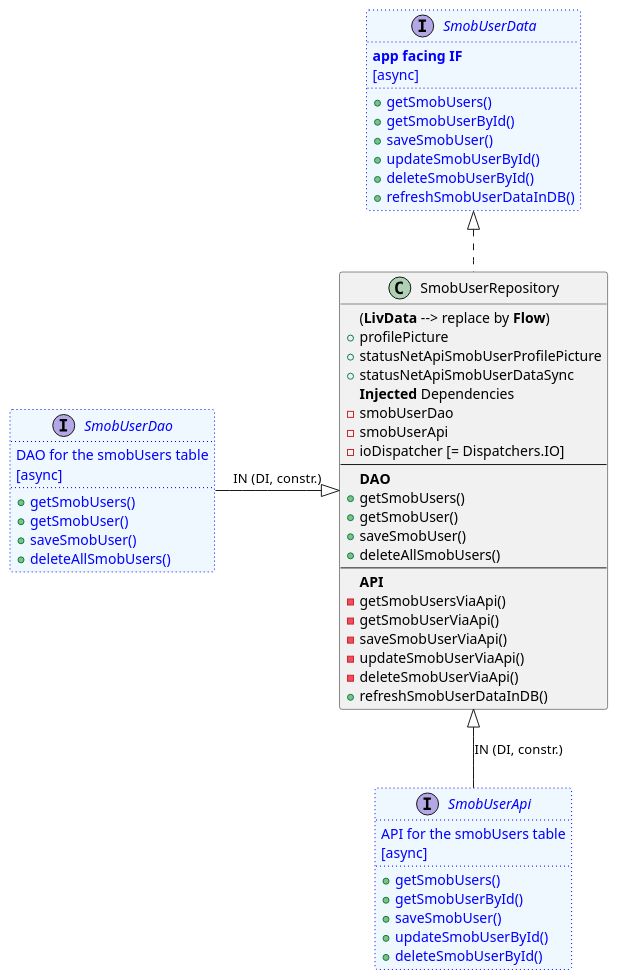
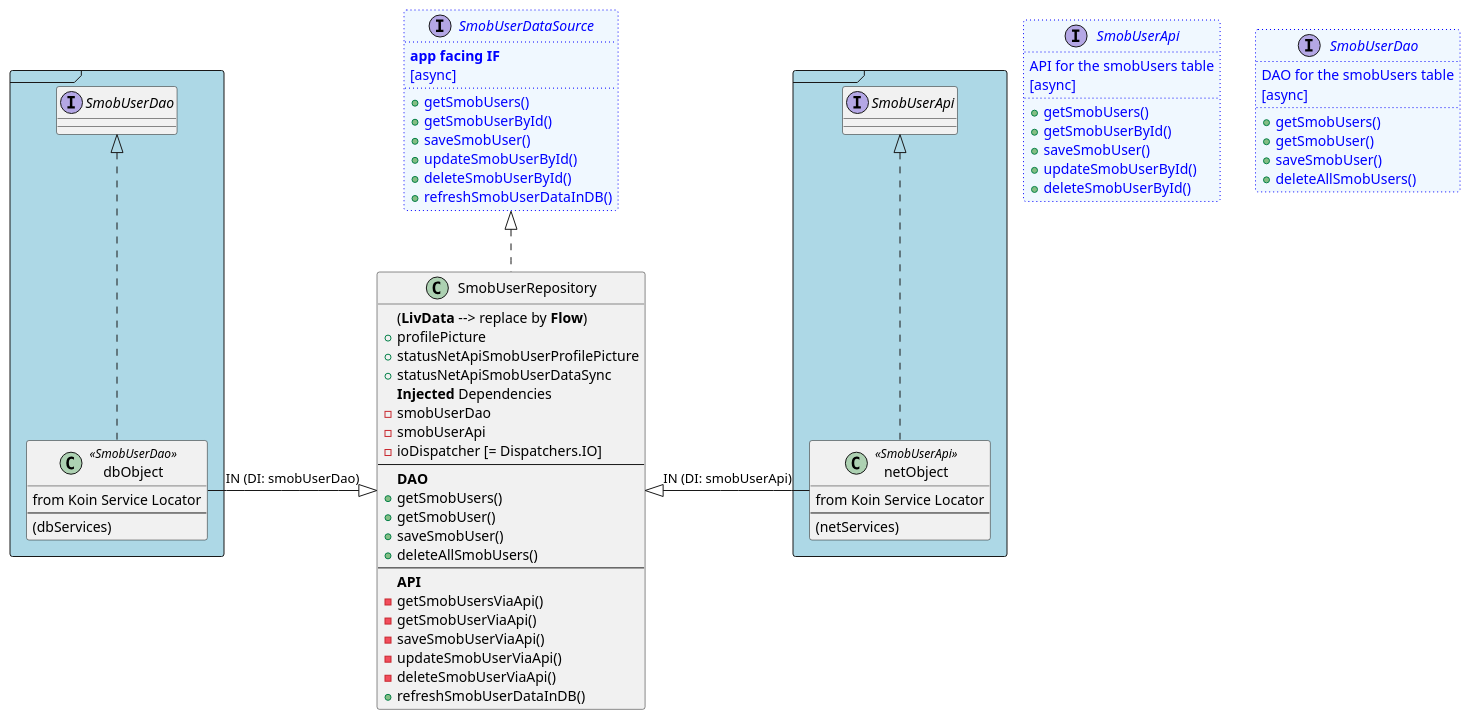
One commit to fwornle/ShopMob changed the diagram in doc/puml/smobUserRepository.puml. Above: the diagram before and after it, drawn with PlantUML. The commit also changed 2 other files, not shown here.

Commit message:
UML for repo refined

```diff
--- a/doc/puml/smobUserRepository.puml
+++ b/doc/puml/smobUserRepository.puml
@@ -1,59 +1,74 @@
 @startuml
-class SmobUserRepository implements SmobUserData {
+class SmobUserRepository implements SmobUserDataSource {
   (**LivData** --> replace by **Flow**)
   +profilePicture
   +statusNetApiSmobUserProfilePicture
   +statusNetApiSmobUserDataSync
   **Injected** Dependencies
   -smobUserDao
   -smobUserApi
   -ioDispatcher [= Dispatchers.IO]
   ---
   **DAO**
   +getSmobUsers()
   +getSmobUser()
   +saveSmobUser()
   +deleteAllSmobUsers()
   ---
   **API**
   -getSmobUsersViaApi()
   -getSmobUserViaApi()
   -saveSmobUserViaApi()
   -updateSmobUserViaApi()
   -deleteSmobUserViaApi()
   +refreshSmobUserDataInDB()
 }
 
+frame #Lightblue {
+    class netObject <<SmobUserApi>> implements SmobUserApi {
+        from Koin Service Locator
+        ---
+        (netServices)
+    }
+}
+
+frame #Lightblue {
+    class dbObject <<SmobUserDao>> implements SmobUserDao {
+        from Koin Service Locator
+        ---
+        (dbServices)
+    }
+}
 interface SmobUserApi #aliceblue;line:blue;line.dotted;text:blue {
   API for the smobUsers table
   [async]
   +getSmobUsers()
   +getSmobUserById()
   +saveSmobUser()
   +updateSmobUserById()
   +deleteSmobUserById()
 }
 
 interface SmobUserDao #aliceblue;line:blue;line.dotted;text:blue {
   DAO for the smobUsers table
   [async]
   +getSmobUsers()
   +getSmobUser()
   +saveSmobUser()
   +deleteAllSmobUsers()
 }
 
-interface SmobUserData #aliceblue;line:blue;line.dotted;text:blue {
+interface SmobUserDataSource #aliceblue;line:blue;line.dotted;text:blue {
   **app facing IF**
   [async]
   +getSmobUsers()
   +getSmobUserById()
   +saveSmobUser()
   +updateSmobUserById()
   +deleteSmobUserById()
   +refreshSmobUserDataInDB()
 }
 
-SmobUserRepository <|-left- SmobUserDao : IN (DI, constr.)
-SmobUserRepository <|-down- SmobUserApi : IN (DI, constr.)
+SmobUserRepository <|-left- dbObject : IN (DI: smobUserDao)
+SmobUserRepository <|-right- netObject : IN (DI: smobUserApi)
 @enduml
```
